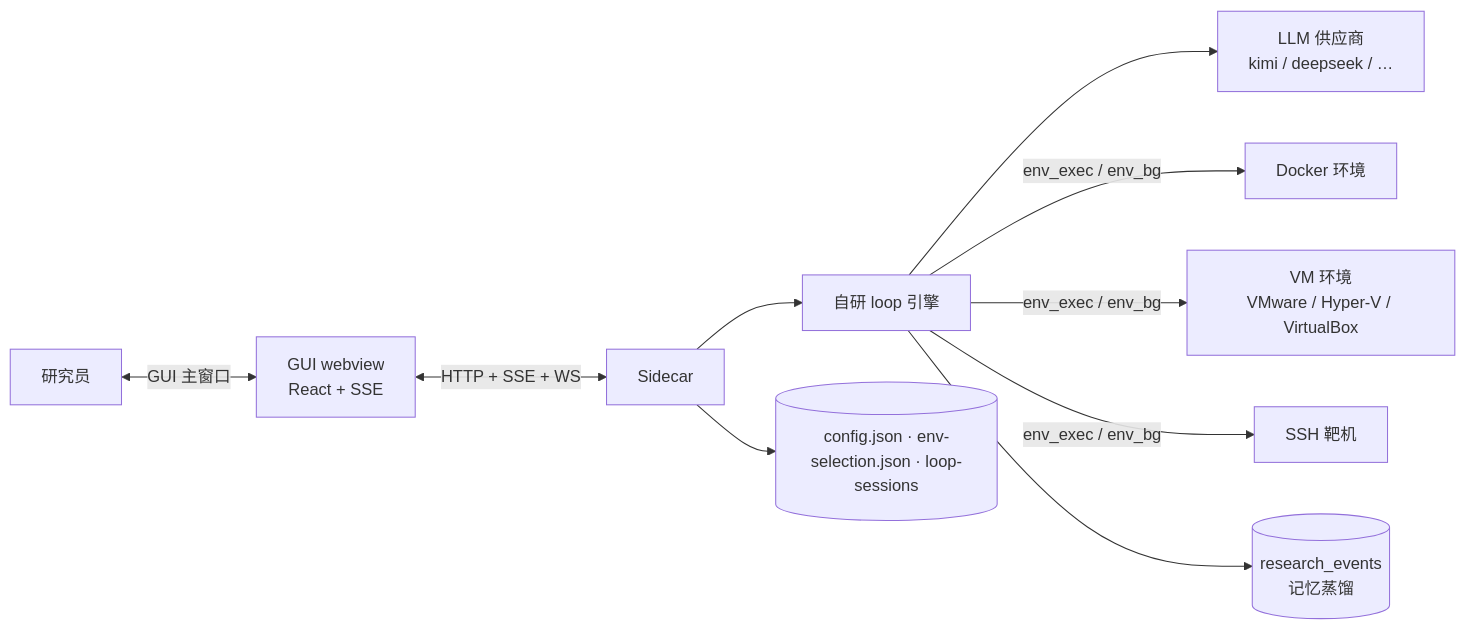
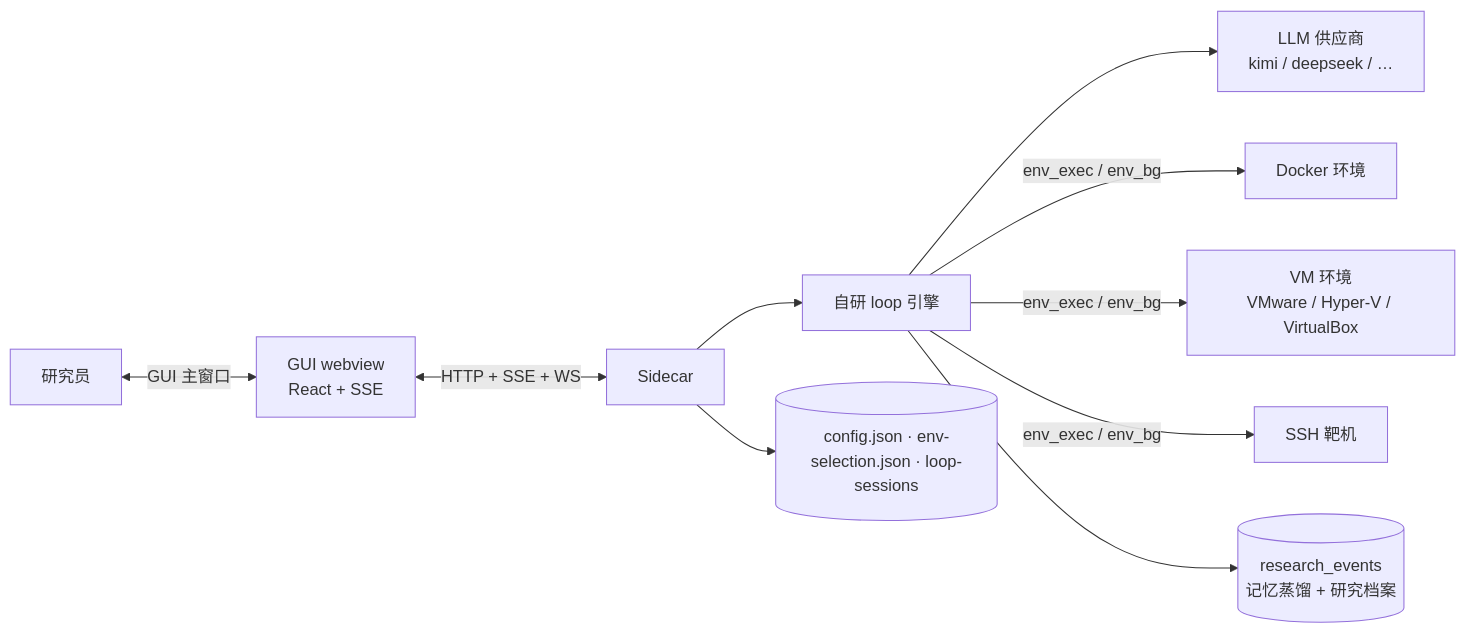
Before and after one commit to LielingAi/ZhiShi: the diagram in README.md, drawn with Mermaid. The commit also changed other lines of this file, not shown here.

````diff
--- a/README.md
+++ b/README.md
@@ -203,12 +207,12 @@
 ```mermaid
 flowchart LR
     U[研究员] <-->|GUI 主窗口| G[GUI webview<br/>React + SSE]
     G <-->|HTTP + SSE + WS| S[Sidecar]
     S --> L[自研 loop 引擎]
     L --> M[LLM 供应商<br/>kimi / deepseek / …]
     L -->|env_exec / env_bg| E1[Docker 环境]
     L -->|env_exec / env_bg| E2[VM 环境<br/>VMware / Hyper-V / VirtualBox]
     L -->|env_exec / env_bg| E3[SSH 靶机]
-    L --> DB[(research_events<br/>记忆蒸馏)]
+    L --> DB[(research_events<br/>记忆蒸馏 + 研究档案)]
     S --> CFG[(config.json · env-selection.json · loop-sessions)]
 ```
````
